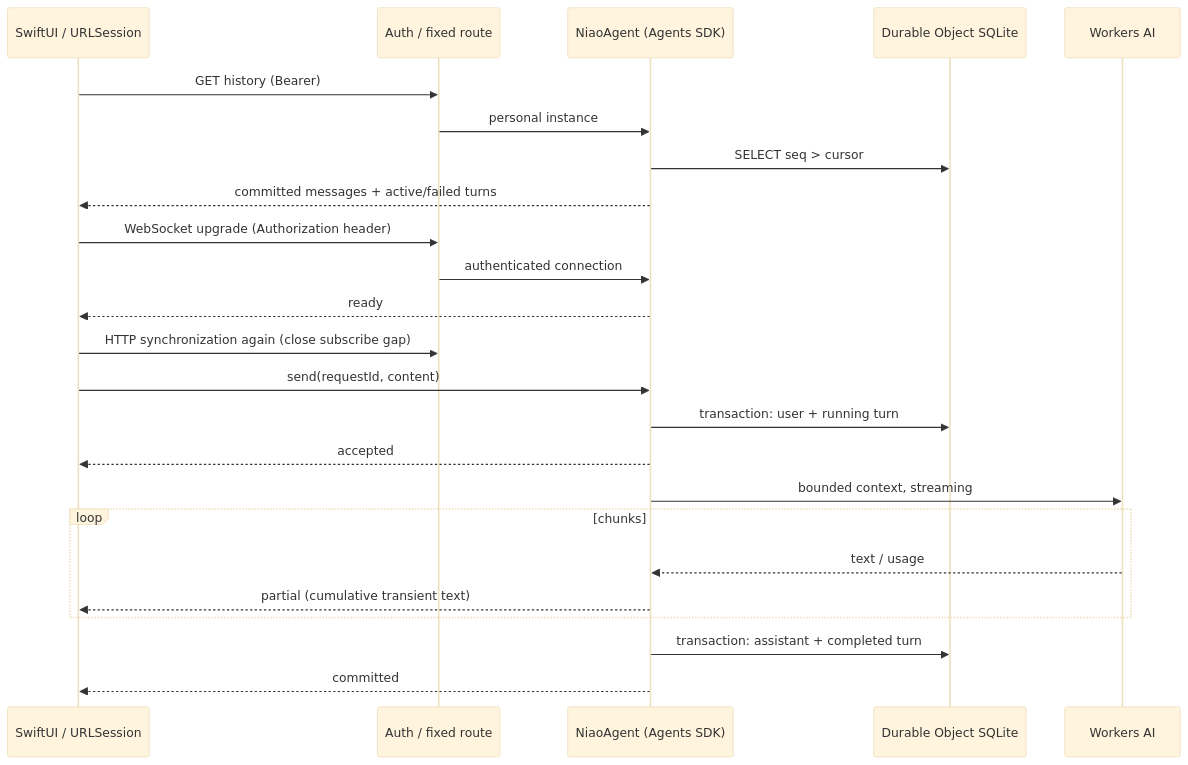
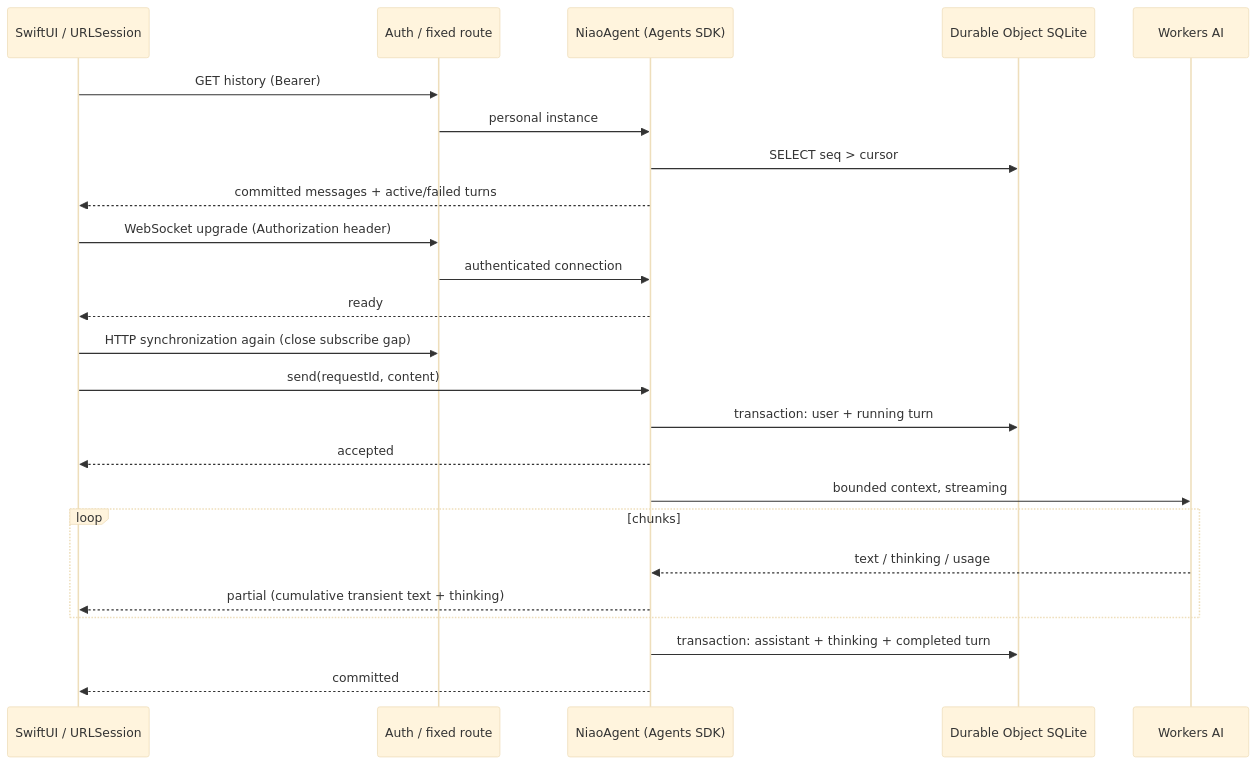
One commit to udzura/niao-agent changed the diagram in docs/architecture.md. Above: the diagram before and after it, drawn with Mermaid (base theme). The commit also changed other lines of this file and 17 other files, not shown here.

````diff
--- a/docs/architecture.md
+++ b/docs/architecture.md
@@ -5,26 +5,26 @@
 ```mermaid
 sequenceDiagram
     participant Mac as SwiftUI / URLSession
     participant Worker as Auth / fixed route
     participant Agent as NiaoAgent (Agents SDK)
     participant DB as Durable Object SQLite
     participant AI as Workers AI
     Mac->>Worker: GET history (Bearer)
     Worker->>Agent: personal instance
     Agent->>DB: SELECT seq > cursor
     Agent-->>Mac: committed messages + active/failed turns
     Mac->>Worker: WebSocket upgrade (Authorization header)
     Worker->>Agent: authenticated connection
     Agent-->>Mac: ready
     Mac->>Worker: HTTP synchronization again (close subscribe gap)
     Mac->>Agent: send(requestId, content)
     Agent->>DB: transaction: user + running turn
     Agent-->>Mac: accepted
     Agent->>AI: bounded context, streaming
     loop chunks
-        AI-->>Agent: text / usage
-        Agent-->>Mac: partial (cumulative transient text)
+        AI-->>Agent: text / thinking / usage
+        Agent-->>Mac: partial (cumulative transient text + thinking)
     end
-    Agent->>DB: transaction: assistant + completed turn
+    Agent->>DB: transaction: assistant + thinking + completed turn
     Agent-->>Mac: committed
 ```
````
